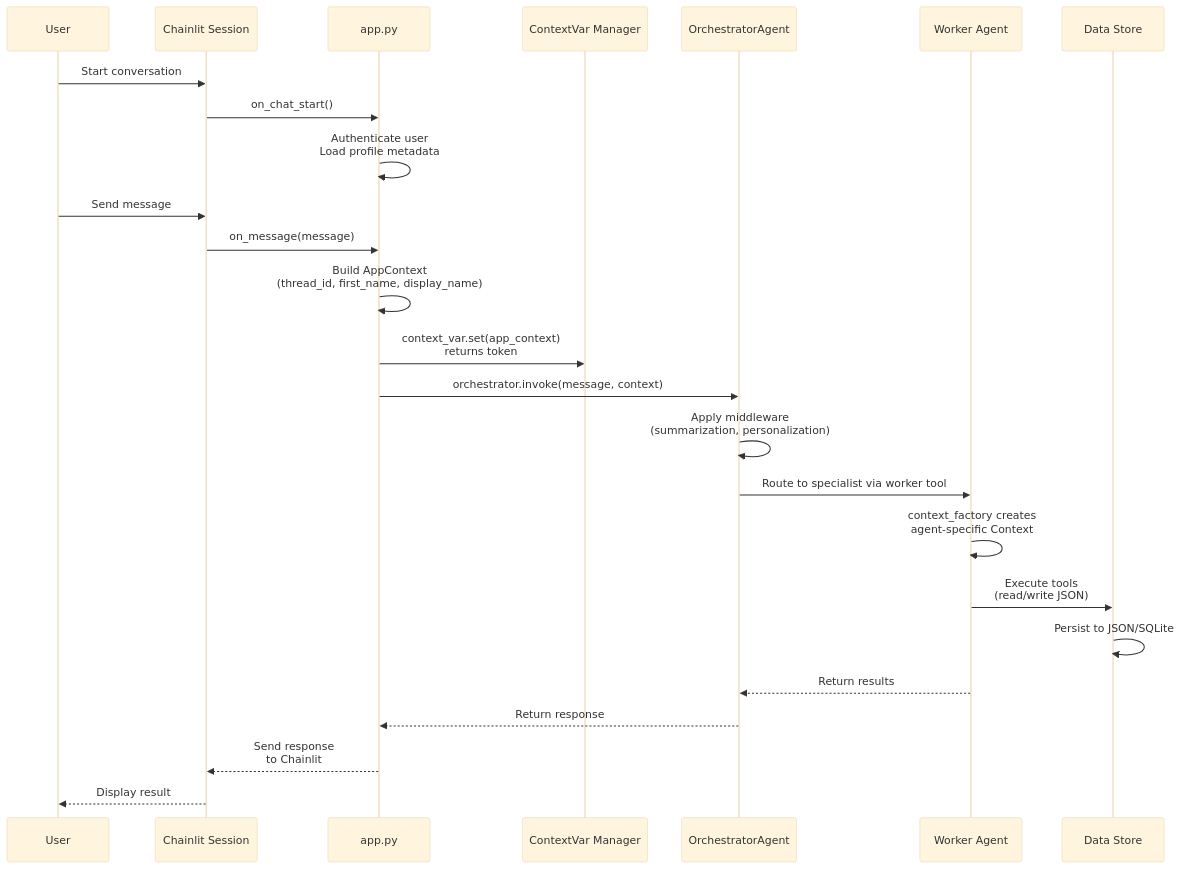
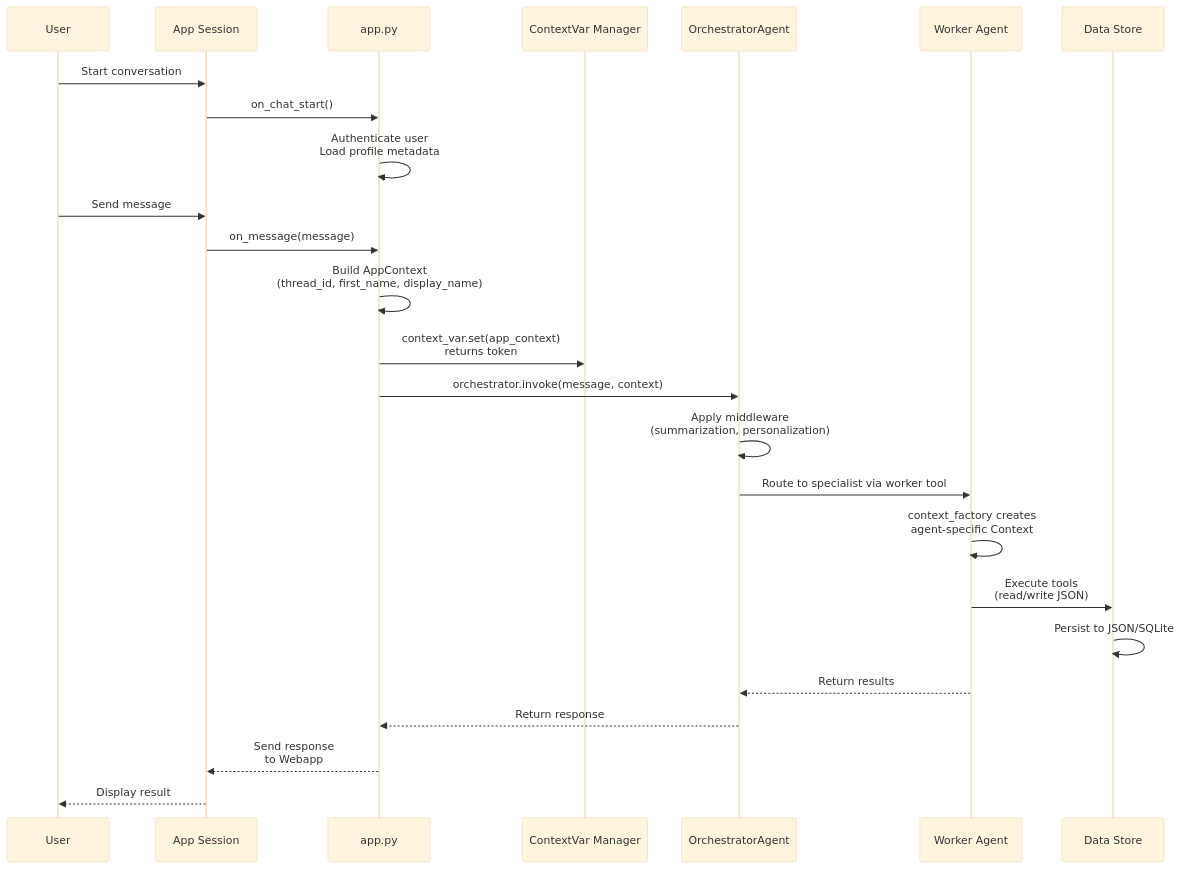
One commit to savipk/autochat changed the fifth of 7 diagrams in docs/architecture/07-state-management.md. Above: the diagram before and after it, drawn with Mermaid (base theme). The commit also changed other lines of this file and 14 other files, not shown here.

````diff
--- a/docs/architecture/07-state-management.md
+++ b/docs/architecture/07-state-management.md
@@ -201,38 +201,38 @@
 ```mermaid
 sequenceDiagram
     participant User as User
-    participant Session as Chainlit Session
+    participant Session as App Session
     participant AppPy as app.py
     participant ContextMgr as ContextVar Manager
     participant Orch as OrchestratorAgent
     participant Worker as Worker Agent
     participant DataStore as Data Store
 
     User->>Session: Start conversation
     Session->>AppPy: on_chat_start()
     AppPy->>AppPy: Authenticate user<br/>Load profile metadata
 
     User->>Session: Send message
     Session->>AppPy: on_message(message)
 
     AppPy->>AppPy: Build AppContext<br/>(thread_id, first_name, display_name)
 
     AppPy->>ContextMgr: context_var.set(app_context)<br/>returns token
 
     AppPy->>Orch: orchestrator.invoke(message, context)
 
     Orch->>Orch: Apply middleware<br/>(summarization, personalization)
     Orch->>Worker: Route to specialist via worker tool
     Worker->>Worker: context_factory creates<br/>agent-specific Context
 
     Worker->>DataStore: Execute tools<br/>(read/write JSON)
 
     DataStore->>DataStore: Persist to JSON/SQLite
 
     Worker-->>Orch: Return results
     Orch-->>AppPy: Return response
 
-    AppPy-->>Session: Send response<br/>to Chainlit
+    AppPy-->>Session: Send response<br/>to Webapp
 
     Session-->>User: Display result
 ```
````
